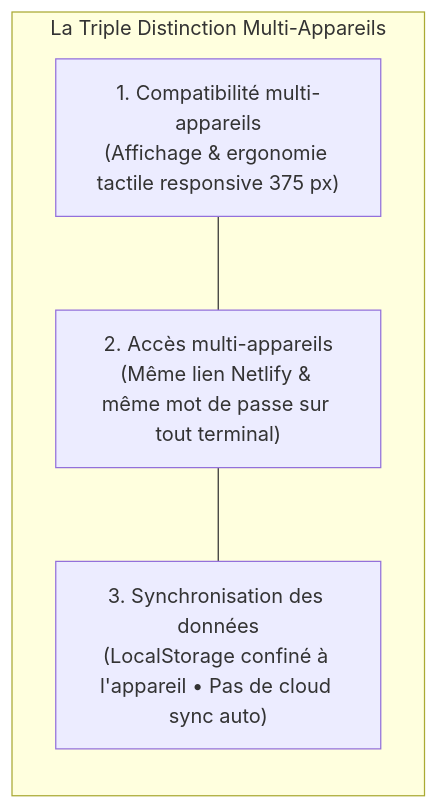
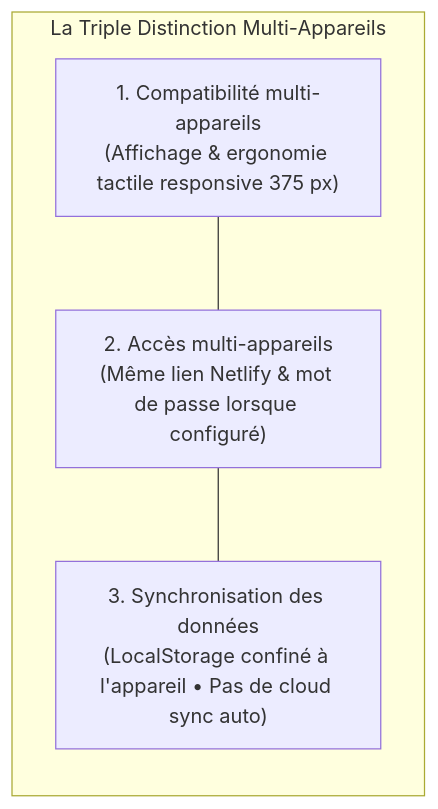
Before and after one commit to Kreesten-hsh/AI_CREATOR_STUDIO: the fifth of 11 diagrams in docs/COURSE_PRD.md, drawn with Mermaid. The commit also changed other lines of this file and 3 other files, not shown here.

First line of the commit message:
docs: harmonize PRD, README and configure graphify integration

````diff
--- a/docs/COURSE_PRD.md
+++ b/docs/COURSE_PRD.md
@@ -650,10 +650,10 @@
 ```mermaid
 flowchart TD
     subgraph MultiDevice["La Triple Distinction Multi-Appareils"]
         direction TB
         C1["1. Compatibilité multi-appareils\n(Affichage & ergonomie tactile responsive 375 px)"]
-        C2["2. Accès multi-appareils\n(Même lien Netlify & même mot de passe sur tout terminal)"]
+        C2["2. Accès multi-appareils\n(Même lien Netlify & mot de passe lorsque configuré)"]
         C3["3. Synchronisation des données\n(LocalStorage confiné à l'appareil • Pas de cloud sync auto)"]
     end
     C1 --- C2 --- C3
 ```
````
